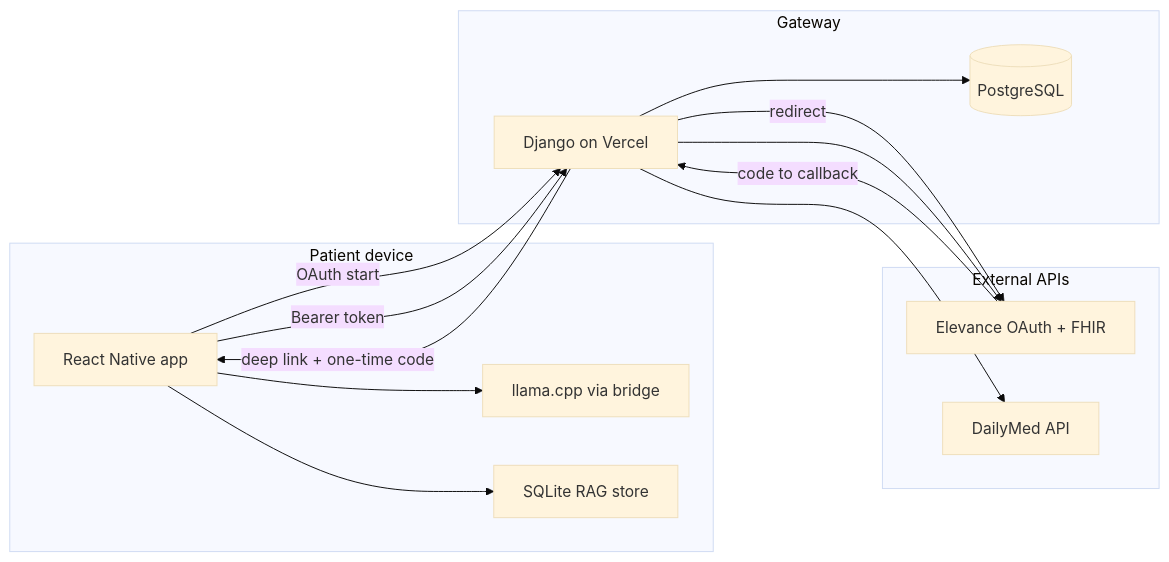
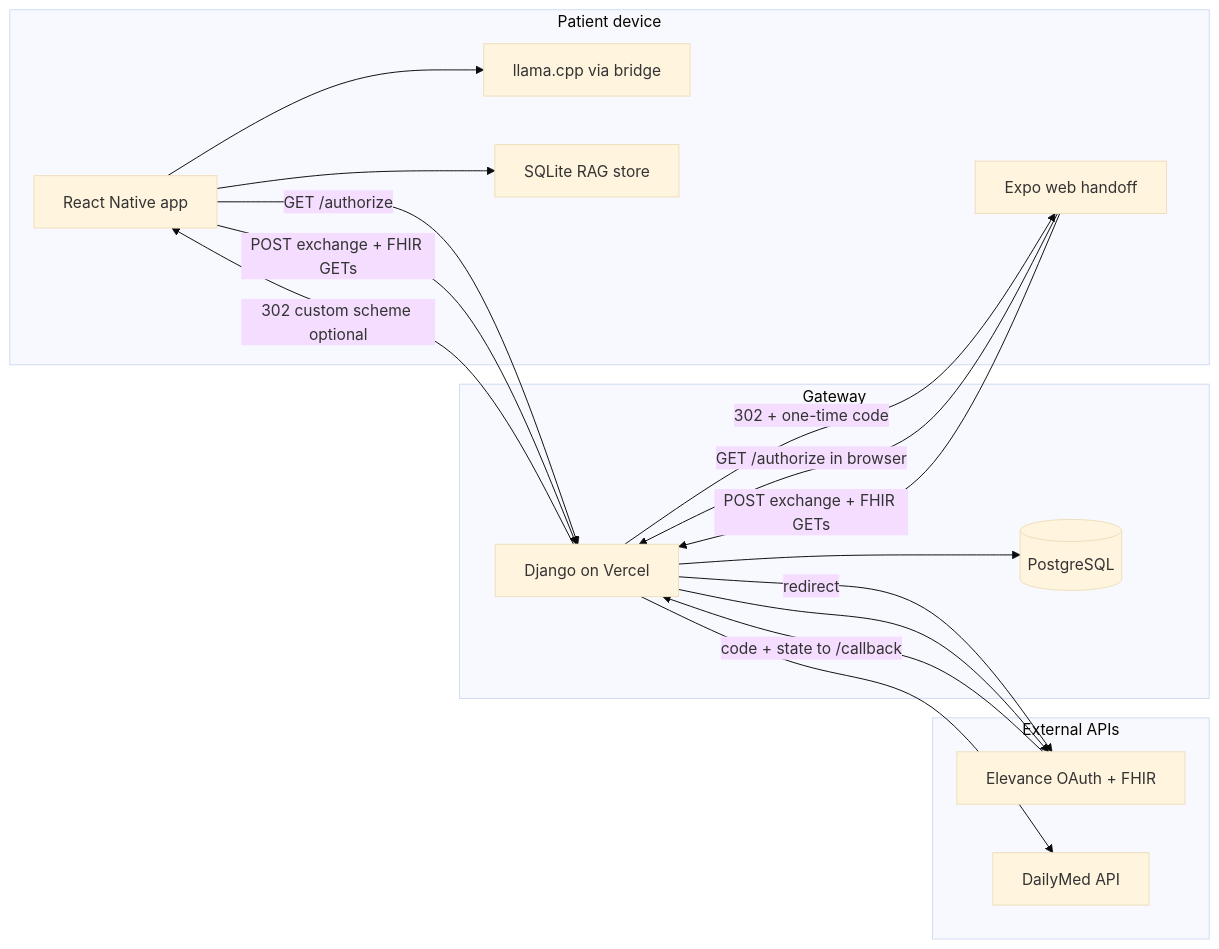
One commit to brett96/Elevance-API changed the diagram in README.md. Above: the diagram before and after it, drawn with Mermaid (base theme). The commit also changed other lines of this file and 2 other files, not shown here.

````diff
--- a/README.md
+++ b/README.md
@@ -39,29 +42,33 @@
 ```mermaid
 flowchart LR
   subgraph device [Patient device]
     RN[React Native app]
+    WEB[Expo web handoff]
     LM[llama.cpp via bridge]
     SQL[SQLite RAG store]
     RN --> LM
     RN --> SQL
   end
 
   subgraph cloud [Gateway]
     DJ[Django on Vercel]
     PG[(PostgreSQL)]
     DJ --> PG
   end
 
   subgraph external [External APIs]
     EH[Elevance OAuth + FHIR]
     DM[DailyMed API]
   end
 
-  RN -->|OAuth start| DJ
+  RN -->|GET /authorize| DJ
+  WEB -->|GET /authorize in browser| DJ
   DJ -->|redirect| EH
-  EH -->|code to callback| DJ
-  DJ -->|deep link + one-time code| RN
-  RN -->|Bearer token| DJ
+  EH -->|code + state to /callback| DJ
+  DJ -->|302 + one-time code| WEB
+  DJ -->|302 custom scheme optional| RN
+  WEB -->|POST exchange + FHIR GETs| DJ
+  RN -->|POST exchange + FHIR GETs| DJ
   DJ --> EH
   DJ --> DM
 ```
````
